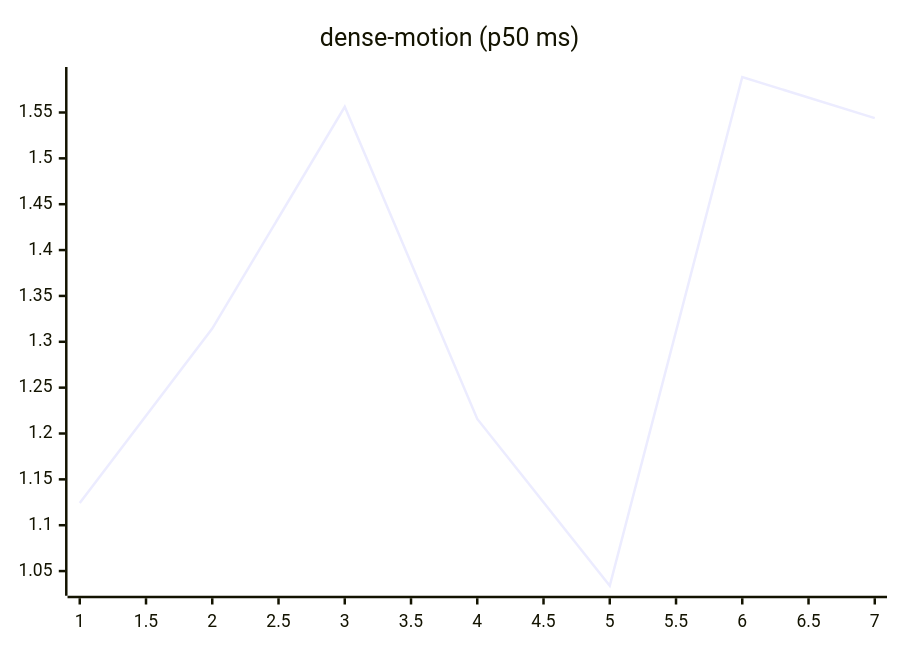
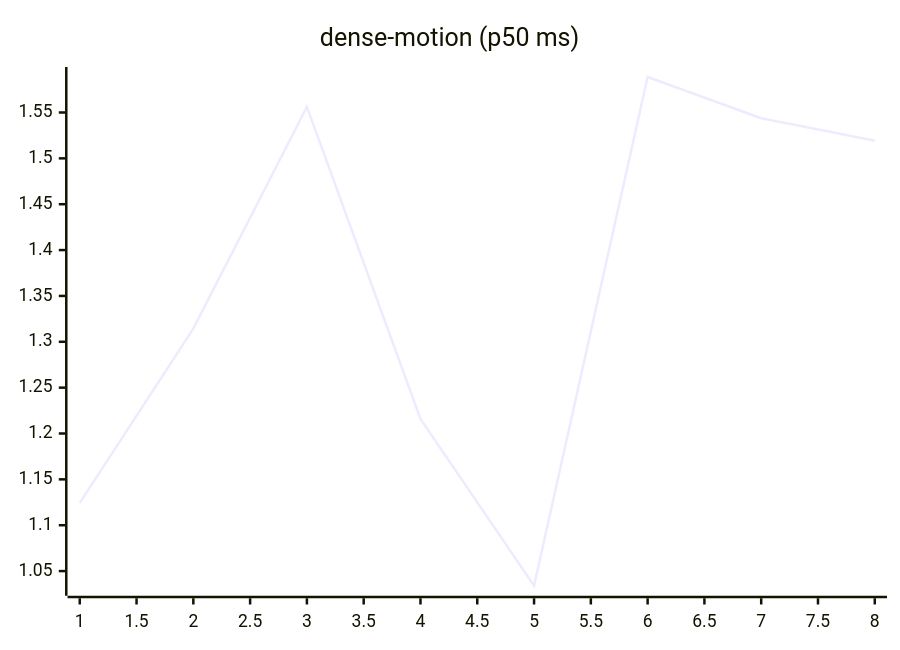
The ninth of 27 diagrams in README.md (josha/Facet), drawn with Mermaid before and after one commit. The commit also changed other lines of this file and 2 other files, not shown here.

````diff
--- a/README.md
+++ b/README.md
@@ -119,6 +119,6 @@
 ```mermaid
 xychart-beta
     title "dense-motion (p50 ms)"
-    x-axis 1 --> 7
-    line [1.1243, 1.3144, 1.5562, 1.2159, 1.0340, 1.5887, 1.5438]
+    x-axis 1 --> 8
+    line [1.1243, 1.3144, 1.5562, 1.2159, 1.0340, 1.5887, 1.5438, 1.5193]
 ```
````
